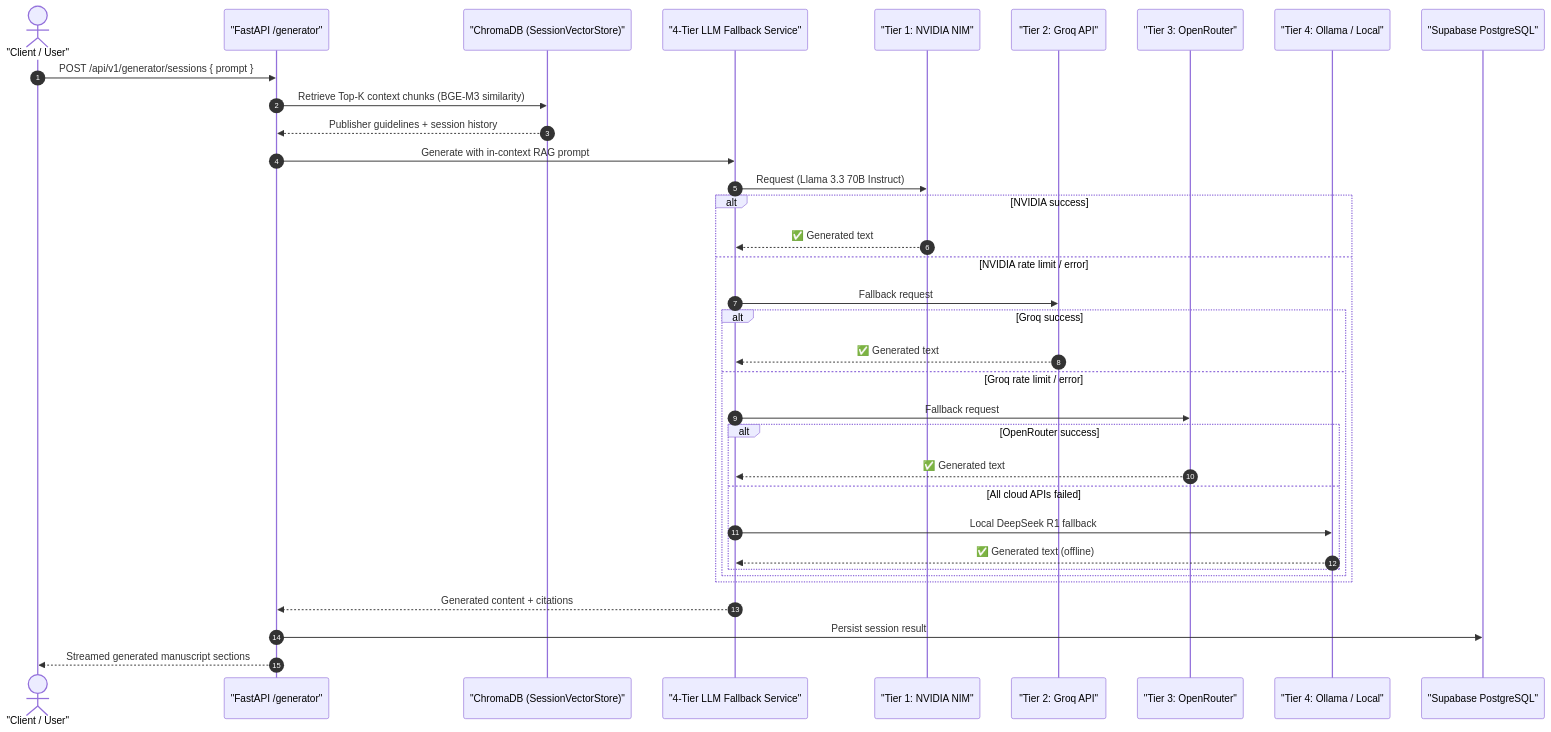
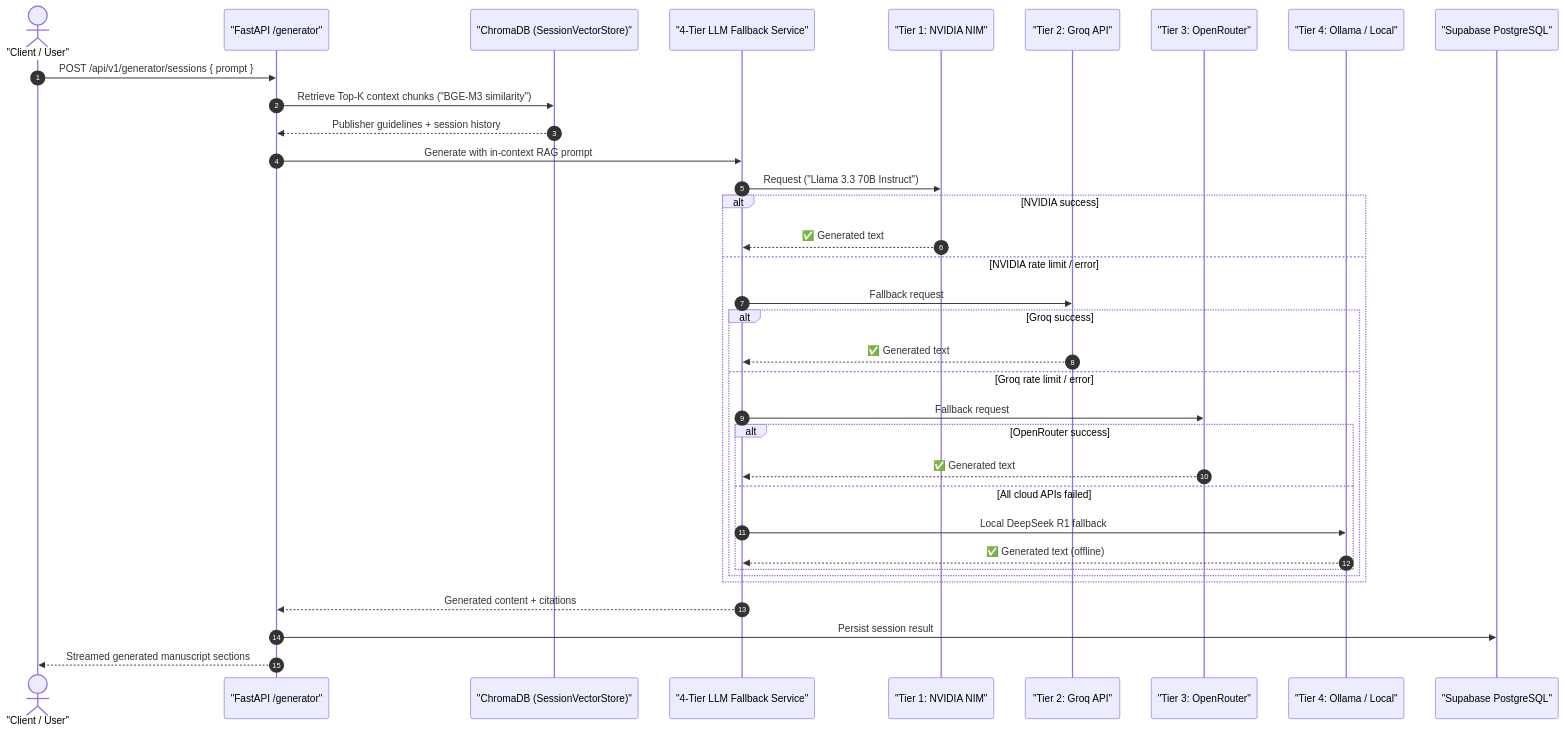
The fourth of 4 diagrams in docs/architecture/ARCHITECTURE.md (rohitkumarnaidu/ScholarFormAI), drawn with Mermaid before and after one commit. The commit also changed other lines of this file and 611 other files, not shown here.

````diff
--- a/docs/architecture/ARCHITECTURE.md
+++ b/docs/architecture/ARCHITECTURE.md
@@ -265,40 +265,40 @@
 ```mermaid
 sequenceDiagram
     autonumber
     actor User as "Client / User"
     participant API as "FastAPI /generator"
     participant RAG as "ChromaDB (SessionVectorStore)"
     participant LLM as "4-Tier LLM Fallback Service"
     participant NVIDIA as "Tier 1: NVIDIA NIM"
     participant Groq as "Tier 2: Groq API"
     participant OpenRouter as "Tier 3: OpenRouter"
     participant Ollama as "Tier 4: Ollama / Local"
     participant DB as "Supabase PostgreSQL"
 
     User->>API: POST /api/v1/generator/sessions { prompt }
-    API->>RAG: Retrieve Top-K context chunks (BGE-M3 similarity)
+    API->>RAG: Retrieve Top-K context chunks ("BGE-M3 similarity")
     RAG-->>API: Publisher guidelines + session history
     API->>LLM: Generate with in-context RAG prompt
 
-    LLM->>NVIDIA: Request (Llama 3.3 70B Instruct)
+    LLM->>NVIDIA: Request ("Llama 3.3 70B Instruct")
     alt NVIDIA success
         NVIDIA-->>LLM: ✅ Generated text
     else NVIDIA rate limit / error
         LLM->>Groq: Fallback request
         alt Groq success
             Groq-->>LLM: ✅ Generated text
         else Groq rate limit / error
             LLM->>OpenRouter: Fallback request
             alt OpenRouter success
                 OpenRouter-->>LLM: ✅ Generated text
             else All cloud APIs failed
                 LLM->>Ollama: Local DeepSeek R1 fallback
                 Ollama-->>LLM: ✅ Generated text (offline)
             end
         end
     end
 
     LLM-->>API: Generated content + citations
     API->>DB: Persist session result
     API-->>User: Streamed generated manuscript sections
 ```
````
